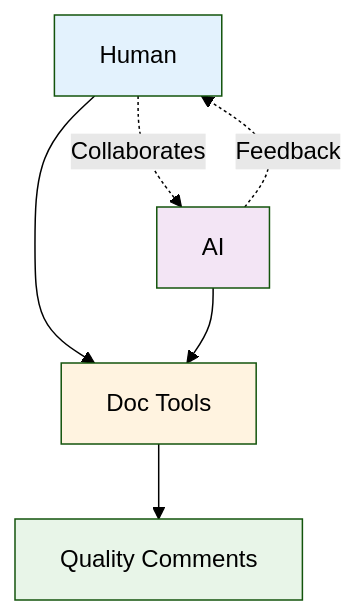
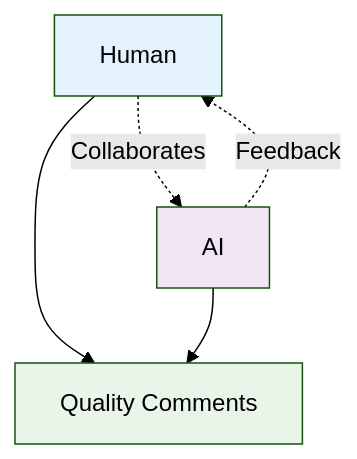
One commit to IndrajeetPatil/to-comment-or-not changed the second of 3 diagrams in index.qmd. Above: the diagram before and after it, drawn with Mermaid (forest theme). The commit also changed other lines of this file, not shown here.

````diff
--- a/index.qmd
+++ b/index.qmd
@@ -953,15 +955,13 @@
 ```{mermaid}
 %%| eval: true
 %%| echo: false
 flowchart TD
-    H[Human] --> L[Doc Tools]
-    A[AI] --> L[Doc Tools]
+    H[Human] --> S[Quality Comments]
+    A[AI] --> S[Quality Comments]
     H -.->|Collaborates| A
     A -.->|Feedback| H
-    L --> S[Quality Comments]
 
     style H fill:#e3f2fd
     style A fill:#f3e5f5
-    style L fill:#fff3e0
     style S fill:#e8f5e8
 ```
````
